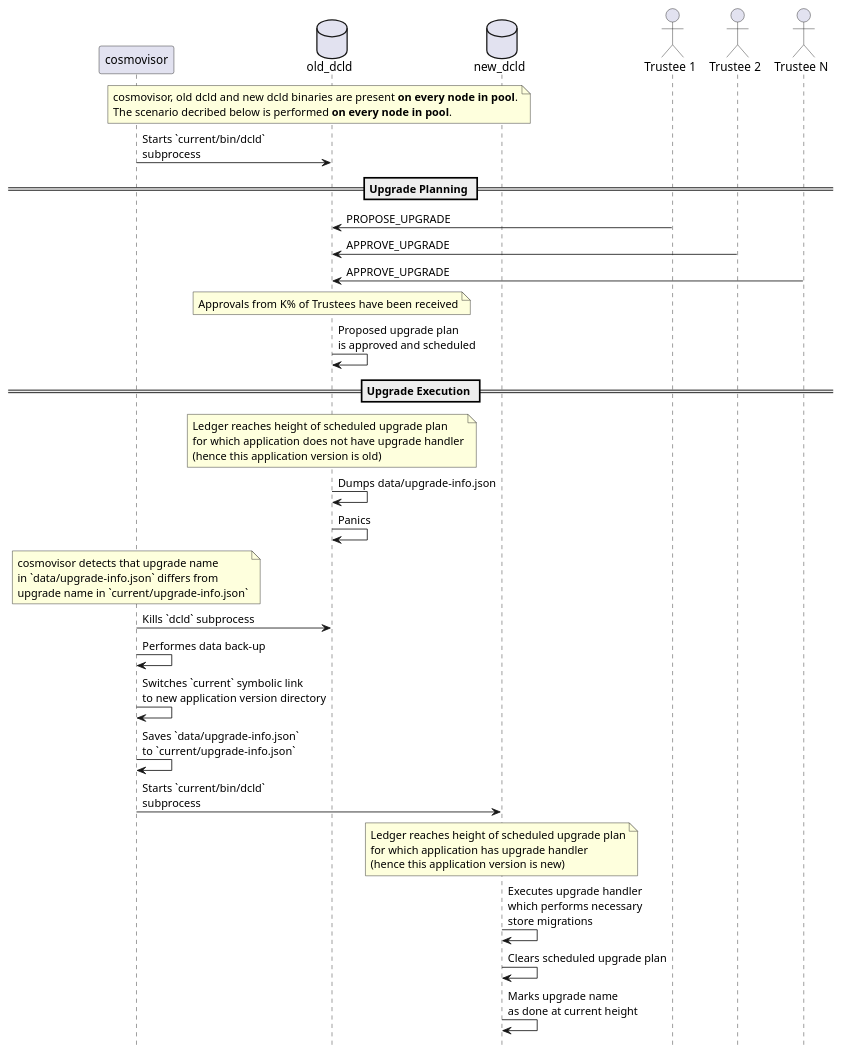
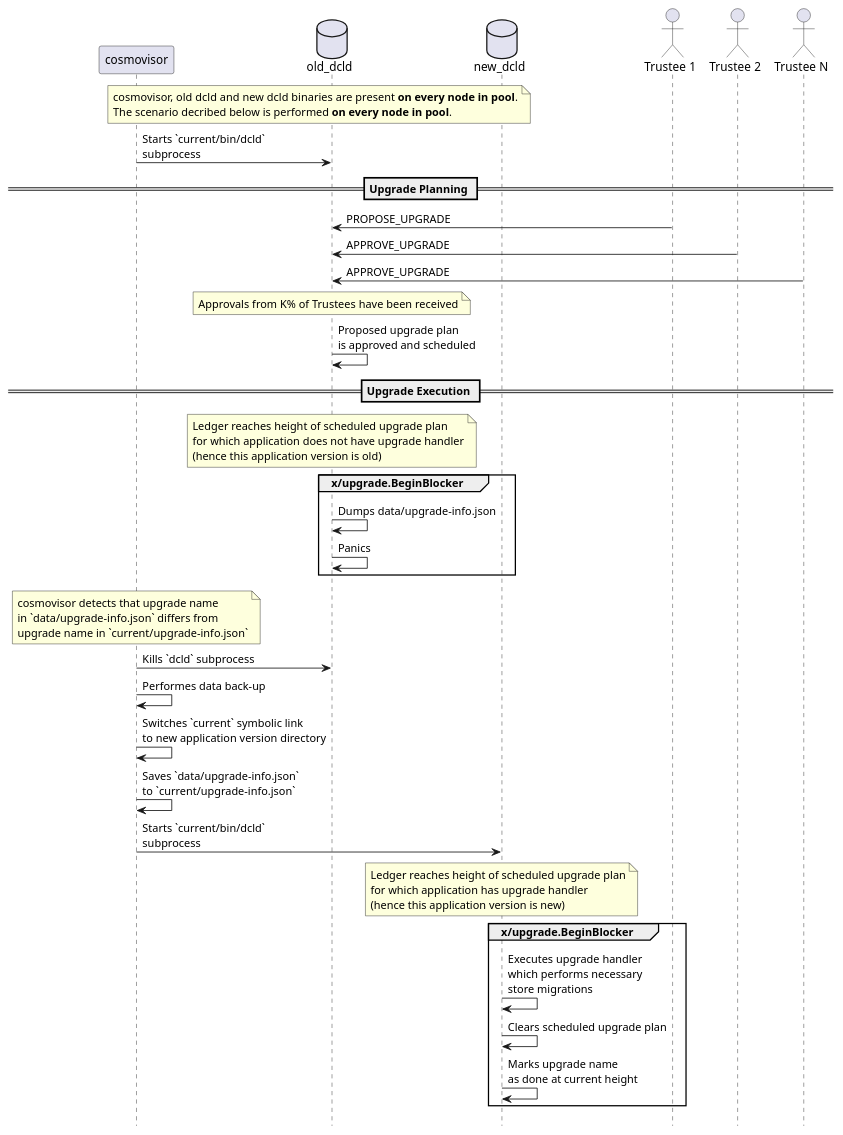
One commit to zigbee-alliance/distributed-compliance-ledger changed the diagram in docs/use_cases/use_cases_upgrade_pool.puml. Above: the diagram before and after it, drawn with PlantUML. The commit also changed 1 other file, not shown here.

Commit message:
Corrected upgrade sequence diagram

```diff
--- a/docs/use_cases/use_cases_upgrade_pool.puml
+++ b/docs/use_cases/use_cases_upgrade_pool.puml
@@ -1,71 +1,68 @@
 @startuml
 !pragma teoz true
 hide footbox
 
 participant cosmovisor as C
 database old_dcld as OD
 database new_dcld as ND
 actor "Trustee 1" as T1
 actor "Trustee 2" as T2
 actor "Trustee N" as TN
 
 note over C, ND
     cosmovisor, old dcld and new dcld binaries are present <b>on every node in pool</b>.
     The scenario decribed below is performed <b>on every node in pool</b>.
 end note
 
 C -> OD: Starts `current/bin/dcld`\nsubprocess
 
 == Upgrade Planning ==
 
 T1 -> OD: PROPOSE_UPGRADE
 T2 -> OD: APPROVE_UPGRADE
 TN -> OD: APPROVE_UPGRADE
 
 note over OD
     Approvals from K% of Trustees have been received
 end note
 
 OD -> OD: Proposed upgrade plan\nis approved and scheduled
 
 == Upgrade Execution ==
 
 note over OD
     Ledger reaches height of scheduled upgrade plan
     for which application does not have upgrade handler
     (hence this application version is old)
 end note
 
-OD -> OD: Dumps data/upgrade-info.json
-
-OD -> OD: Panics
+group x/upgrade.BeginBlocker
+    OD -> OD: Dumps data/upgrade-info.json
+    OD -> OD: Panics
+end group
 
 note over C
     cosmovisor detects that upgrade name
     in `data/upgrade-info.json` differs from
     upgrade name in `current/upgrade-info.json`
 end note
 
 C -> OD: Kills `dcld` subprocess
-
 C -> C: Performes data back-up
-
 C -> C: Switches `current` symbolic link\nto new application version directory
-
 C -> C: Saves `data/upgrade-info.json`\nto `current/upgrade-info.json`
-
 C -> ND: Starts `current/bin/dcld`\nsubprocess
 
 note over ND
     Ledger reaches height of scheduled upgrade plan
     for which application has upgrade handler
     (hence this application version is new)
 end note
 
-ND -> ND: Executes upgrade handler\nwhich performs necessary\nstore migrations
-
-ND -> ND: Clears scheduled upgrade plan
-
-ND -> ND: Marks upgrade name\nas done at current height
+group x/upgrade.BeginBlocker
+    ND -> ND: Executes upgrade handler\nwhich performs necessary\nstore migrations
+    ND -> ND: Clears scheduled upgrade plan
+    ND -> ND: Marks upgrade name\nas done at current height
+end group
 
 @enduml
```
